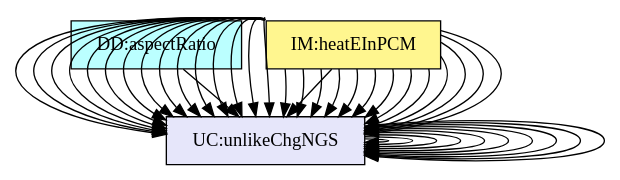
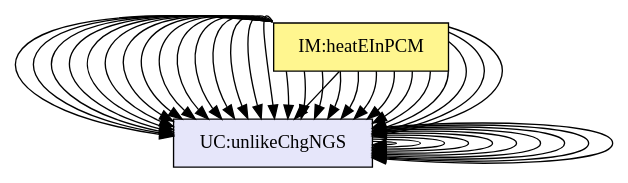
Before and after one commit to JacquesCarette/Drasil: the diagram in code/stable/swhs/TraceyGraph/avsall.dot, drawn with Graphviz. The commit also changed 88 other files, not shown here.

Commit message:
Stabilizing to figure out where things are going awry

```diff
--- a/code/stable/swhs/TraceyGraph/avsall.dot
+++ b/code/stable/swhs/TraceyGraph/avsall.dot
@@ -1,150 +1,123 @@
 digraph avsall {
-	dataDefn:wVol -> instance:assumpVCN;
 	theory:consThermECS -> instance:assumpTEO;
 	theory:nwtnCoolingTM -> instance:assumpHTCC;
 	theory:rocTempSimpRC -> instance:assumpCWTAT;
 	theory:rocTempSimpRC -> instance:assumpTPCAV;
 	theory:rocTempSimpRC -> instance:assumpDWPCoV;
 	theory:rocTempSimpRC -> instance:assumpSHECov;
 	theory:htFluxC -> instance:assumpLCCCW;
 	theory:htFluxC -> instance:assumpTHCCoT;
 	theory:htFluxP -> instance:assumpLCCWP;
 	theory:eBalanceOnWtrRC -> instance:assumpCWTAT;
 	theory:eBalanceOnWtrRC -> instance:assumpTPCAV;
 	theory:eBalanceOnWtrRC -> instance:assumpTHCCoL;
 	theory:eBalanceOnWtrRC -> instance:assumpCTNOD;
 	theory:eBalanceOnWtrRC -> instance:assumpSITWP;
 	theory:eBalanceOnWtrRC -> instance:assumpWAL;
 	theory:eBalanceOnWtrRC -> instance:assumpPIT;
 	theory:eBalanceOnWtrRC -> instance:assumpNIHGBWP;
 	theory:eBalanceOnWtrRC -> instance:assumpAPT;
 	theory:eBalanceOnPCMRC -> instance:assumpCWTAT;
 	theory:eBalanceOnPCMRC -> instance:assumpTPCAV;
 	theory:eBalanceOnPCMRC -> instance:assumpSITWP;
 	theory:eBalanceOnPCMRC -> instance:assumpPIS;
 	theory:eBalanceOnPCMRC -> instance:assumpNIHGBWP;
 	theory:eBalanceOnPCMRC -> instance:assumpVCMPN;
 	theory:eBalanceOnPCMRC -> instance:assumpNGSP;
 	theory:heatEInWtrIM -> instance:assumpWAL;
 	theory:heatEInWtrIM -> instance:assumpAPT;
 	theory:heatEInPCMRC -> instance:assumpPIS;
 	theory:heatEInPCMRC -> instance:assumpNGSP;
 	instance:likeChgUTP -> instance:assumpTPCAV;
 	instance:likeChgTCVOD -> instance:assumpTHCCoT;
 	instance:likeChgTCVOL -> instance:assumpTHCCoL;
 	instance:likeChgDT -> instance:assumpCTNOD;
 	instance:likeChgDITPW -> instance:assumpSITWP;
 	instance:likeChgTLH -> instance:assumpPIT;
 	instance:unlikeChgWPFS -> instance:assumpWAL;
 	instance:unlikeChgWPFS -> instance:assumpNGSP;
 	instance:unlikeChgNIHG -> instance:assumpNIHGBWP;
 	instance:unlikeChgNGS -> instance:assumpNGSP;
 
 
 	instance:assumpTEO	[shape=box, color=black, style=filled, fillcolor=mistyrose, label="A:assumpTEO"];
 	instance:assumpHTCC	[shape=box, color=black, style=filled, fillcolor=mistyrose, label="A:assumpHTCC"];
 	instance:assumpCWTAT	[shape=box, color=black, style=filled, fillcolor=mistyrose, label="A:assumpCWTAT"];
 	instance:assumpTPCAV	[shape=box, color=black, style=filled, fillcolor=mistyrose, label="A:assumpTPCAV"];
 	instance:assumpDWPCoV	[shape=box, color=black, style=filled, fillcolor=mistyrose, label="A:assumpDWPCoV"];
 	instance:assumpSHECov	[shape=box, color=black, style=filled, fillcolor=mistyrose, label="A:assumpSHECov"];
 	instance:assumpLCCCW	[shape=box, color=black, style=filled, fillcolor=mistyrose, label="A:assumpLCCCW"];
 	instance:assumpTHCCoT	[shape=box, color=black, style=filled, fillcolor=mistyrose, label="A:assumpTHCCoT"];
 	instance:assumpTHCCoL	[shape=box, color=black, style=filled, fillcolor=mistyrose, label="A:assumpTHCCoL"];
 	instance:assumpLCCWP	[shape=box, color=black, style=filled, fillcolor=mistyrose, label="A:assumpLCCWP"];
 	instance:assumpCTNOD	[shape=box, color=black, style=filled, fillcolor=mistyrose, label="A:assumpCTNOD"];
 	instance:assumpSITWP	[shape=box, color=black, style=filled, fillcolor=mistyrose, label="A:assumpSITWP"];
 	instance:assumpPIS	[shape=box, color=black, style=filled, fillcolor=mistyrose, label="A:assumpPIS"];
 	instance:assumpWAL	[shape=box, color=black, style=filled, fillcolor=mistyrose, label="A:assumpWAL"];
 	instance:assumpPIT	[shape=box, color=black, style=filled, fillcolor=mistyrose, label="A:assumpPIT"];
 	instance:assumpNIHGBWP	[shape=box, color=black, style=filled, fillcolor=mistyrose, label="A:assumpNIHGBWP"];
 	instance:assumpVCMPN	[shape=box, color=black, style=filled, fillcolor=mistyrose, label="A:assumpVCMPN"];
 	instance:assumpNGSP	[shape=box, color=black, style=filled, fillcolor=mistyrose, label="A:assumpNGSP"];
 	instance:assumpAPT	[shape=box, color=black, style=filled, fillcolor=mistyrose, label="A:assumpAPT"];
 	instance:assumpVCN	[shape=box, color=black, style=filled, fillcolor=mistyrose, label="A:assumpVCN"];
 
 	subgraph A {
 	rank="same"
 	{instance:assumpTEO, instance:assumpHTCC, instance:assumpCWTAT, instance:assumpTPCAV, instance:assumpDWPCoV, instance:assumpSHECov, instance:assumpLCCCW, instance:assumpTHCCoT, instance:assumpTHCCoL, instance:assumpLCCWP, instance:assumpCTNOD, instance:assumpSITWP, instance:assumpPIS, instance:assumpWAL, instance:assumpPIT, instance:assumpNIHGBWP, instance:assumpVCMPN, instance:assumpNGSP, instance:assumpAPT, instance:assumpVCN}
 	}
 
-	dataDefn:wMass	[shape=box, color=black, style=filled, fillcolor=paleturquoise1, label="DD:waterMass"];
-	dataDefn:wVol	[shape=box, color=black, style=filled, fillcolor=paleturquoise1, label="DD:waterVolume.pcm"];
-	dataDefn:tankVol	[shape=box, color=black, style=filled, fillcolor=paleturquoise1, label="DD:tankVolume"];
-	dataDefn:tauW	[shape=box, color=black, style=filled, fillcolor=paleturquoise1, label="DD:balanceDecayRate"];
-	dataDefn:eta	[shape=box, color=black, style=filled, fillcolor=paleturquoise1, label="DD:balanceDecayTime"];
-	dataDefn:tauSP	[shape=box, color=black, style=filled, fillcolor=paleturquoise1, label="DD:balanceSolidPCM"];
-	dataDefn:tauLP	[shape=box, color=black, style=filled, fillcolor=paleturquoise1, label="DD:balanceLiquidPCM"];
-	dataDefn:htFusion	[shape=box, color=black, style=filled, fillcolor=paleturquoise1, label="DD:htFusion"];
-	dataDefn:meltFrac	[shape=box, color=black, style=filled, fillcolor=paleturquoise1, label="DD:meltFrac"];
-	dataDefn:aspectRatio	[shape=box, color=black, style=filled, fillcolor=paleturquoise1, label="DD:aspectRatio"];
-
-	subgraph DD {
-	rank="same"
-	{dataDefn:wMass, dataDefn:wVol, dataDefn:tankVol, dataDefn:tauW, dataDefn:eta, dataDefn:tauSP, dataDefn:tauLP, dataDefn:htFusion, dataDefn:meltFrac, dataDefn:aspectRatio}
-	}
-
 	theory:consThermECS	[shape=box, color=black, style=filled, fillcolor=pink, label="TM:consThermE"];
 	theory:sensHeat	[shape=box, color=black, style=filled, fillcolor=pink, label="TM:sensHtE"];
 	theory:latentHtETM	[shape=box, color=black, style=filled, fillcolor=pink, label="TM:latentHtE"];
 	theory:nwtnCoolingTM	[shape=box, color=black, style=filled, fillcolor=pink, label="TM:nwtnCooling"];
-
-	subgraph TM {
-	rank="same"
-	{theory:consThermECS, theory:sensHeat, theory:latentHtETM, theory:nwtnCoolingTM}
-	}
-
 	theory:rocTempSimpRC	[shape=box, color=black, style=filled, fillcolor=palegreen, label="GD:rocTempSimp"];
 	theory:htFluxC	[shape=box, color=black, style=filled, fillcolor=palegreen, label="GD:htFluxWaterFromCoil"];
 	theory:htFluxP	[shape=box, color=black, style=filled, fillcolor=palegreen, label="GD:htFluxPCMFromWater"];
-
-	subgraph GD {
-	rank="same"
-	{theory:rocTempSimpRC, theory:htFluxC, theory:htFluxP}
-	}
-
 	theory:eBalanceOnWtrRC	[shape=box, color=black, style=filled, fillcolor=khaki1, label="IM:eBalanceOnWtr"];
 	theory:eBalanceOnPCMRC	[shape=box, color=black, style=filled, fillcolor=khaki1, label="IM:eBalanceOnPCM"];
 	theory:heatEInWtrIM	[shape=box, color=black, style=filled, fillcolor=khaki1, label="IM:heatEInWtr"];
 	theory:heatEInPCMRC	[shape=box, color=black, style=filled, fillcolor=khaki1, label="IM:heatEInPCM"];
-
-	subgraph IM {
-	rank="same"
-	{theory:eBalanceOnWtrRC, theory:eBalanceOnPCMRC, theory:heatEInWtrIM, theory:heatEInPCMRC}
-	}
-
-	instance:inputValues	[shape=box, color=black, style=filled, fillcolor=ivory, label="FR:inputValues"];
 	instance:findMass	[shape=box, color=black, style=filled, fillcolor=ivory, label="FR:findMass"];
 	instance:checkWithPhysConsts	[shape=box, color=black, style=filled, fillcolor=ivory, label="FR:checkWithPhysConsts"];
 	instance:outputInputDerivVals	[shape=box, color=black, style=filled, fillcolor=ivory, label="FR:outputInputDerivVals"];
 	instance:calcValues	[shape=box, color=black, style=filled, fillcolor=ivory, label="FR:calcValues"];
 	instance:verifyEnergyOutput	[shape=box, color=black, style=filled, fillcolor=ivory, label="FR:verifyEnergyOutput"];
 	instance:calcPCMMeltBegin	[shape=box, color=black, style=filled, fillcolor=ivory, label="FR:calcPCMMeltBegin"];
 	instance:calcPCMMeltEnd	[shape=box, color=black, style=filled, fillcolor=ivory, label="FR:calcPCMMeltEnd"];
 	instance:outputValues	[shape=box, color=black, style=filled, fillcolor=ivory, label="FR:outputValues"];
 	instance:correct	[shape=box, color=black, style=filled, fillcolor=ivory, label="NFR:correct"];
 	instance:verifiable	[shape=box, color=black, style=filled, fillcolor=ivory, label="NFR:verifiable"];
 	instance:understandable	[shape=box, color=black, style=filled, fillcolor=ivory, label="NFR:understandable"];
 	instance:reusable	[shape=box, color=black, style=filled, fillcolor=ivory, label="NFR:reusable"];
 	instance:maintainable	[shape=box, color=black, style=filled, fillcolor=ivory, label="NFR:maintainable"];
+	instance:inputValues	[shape=box, color=black, style=filled, fillcolor=ivory, label="FR:inputValues"];
+	instance:findMass	[shape=box, color=black, style=filled, fillcolor=ivory, label="FR:findMass"];
+	instance:checkWithPhysConsts	[shape=box, color=black, style=filled, fillcolor=ivory, label="FR:checkWithPhysConsts"];
+	instance:outputInputDerivVals	[shape=box, color=black, style=filled, fillcolor=ivory, label="FR:outputInputDerivVals"];
+	instance:calcValues	[shape=box, color=black, style=filled, fillcolor=ivory, label="FR:calcValues"];
+	instance:verifyEnergyOutput	[shape=box, color=black, style=filled, fillcolor=ivory, label="FR:verifyEnergyOutput"];
+	instance:calcPCMMeltBegin	[shape=box, color=black, style=filled, fillcolor=ivory, label="FR:calcPCMMeltBegin"];
+	instance:calcPCMMeltEnd	[shape=box, color=black, style=filled, fillcolor=ivory, label="FR:calcPCMMeltEnd"];
+	instance:outputValues	[shape=box, color=black, style=filled, fillcolor=ivory, label="FR:outputValues"];
 
 	subgraph FR {
 	rank="same"
-	{instance:inputValues, instance:findMass, instance:checkWithPhysConsts, instance:outputInputDerivVals, instance:calcValues, instance:verifyEnergyOutput, instance:calcPCMMeltBegin, instance:calcPCMMeltEnd, instance:outputValues, instance:correct, instance:verifiable, instance:understandable, instance:reusable, instance:maintainable}
+	{instance:findMass, instance:checkWithPhysConsts, instance:outputInputDerivVals, instance:calcValues, instance:verifyEnergyOutput, instance:calcPCMMeltBegin, instance:calcPCMMeltEnd, instance:outputValues, instance:correct, instance:verifiable, instance:understandable, instance:reusable, instance:maintainable, instance:inputValues, instance:findMass, instance:checkWithPhysConsts, instance:outputInputDerivVals, instance:calcValues, instance:verifyEnergyOutput, instance:calcPCMMeltBegin, instance:calcPCMMeltEnd, instance:outputValues}
 	}
 
 	instance:likeChgUTP	[shape=box, color=black, style=filled, fillcolor=lavender, label="LC:likeChgUTP"];
 	instance:likeChgTCVOD	[shape=box, color=black, style=filled, fillcolor=lavender, label="LC:likeChgTCVOD"];
 	instance:likeChgTCVOL	[shape=box, color=black, style=filled, fillcolor=lavender, label="LC:likeChgTCVOL"];
 	instance:likeChgDT	[shape=box, color=black, style=filled, fillcolor=lavender, label="LC:likeChgDT"];
 	instance:likeChgDITPW	[shape=box, color=black, style=filled, fillcolor=lavender, label="LC:likeChgDITPW"];
 	instance:likeChgTLH	[shape=box, color=black, style=filled, fillcolor=lavender, label="LC:likeChgTLH"];
 	instance:unlikeChgWPFS	[shape=box, color=black, style=filled, fillcolor=lavender, label="UC:unlikeChgWPFS"];
 	instance:unlikeChgNIHG	[shape=box, color=black, style=filled, fillcolor=lavender, label="UC:unlikeChgNIHG"];
 	instance:unlikeChgNGS	[shape=box, color=black, style=filled, fillcolor=lavender, label="UC:unlikeChgNGS"];
 
 	subgraph LC {
 	rank="same"
 	{instance:likeChgUTP, instance:likeChgTCVOD, instance:likeChgTCVOL, instance:likeChgDT, instance:likeChgDITPW, instance:likeChgTLH, instance:unlikeChgWPFS, instance:unlikeChgNIHG, instance:unlikeChgNGS}
 	}
 
 }
```
